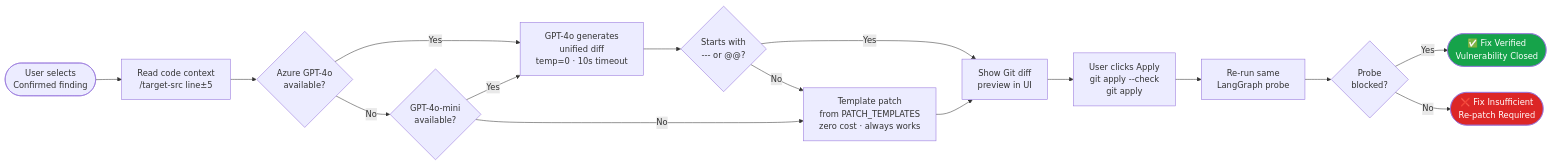
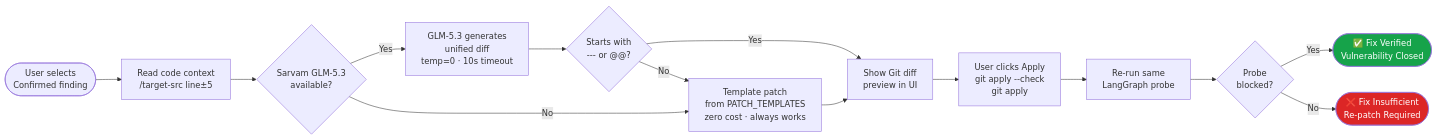
The sixth of 25 diagrams in HACKATHON/docs/P06-Architecture.md (Halcyora/mitigata), drawn with Mermaid before and after one commit. The commit also changed other lines of this file and 6 other files, not shown here.

Commit message:
Refactor to replace Azure OpenAI with Sarvam Token Factory for LLM patching; update environment configurations and add credential check script for Sarvam API

````diff
--- a/HACKATHON/docs/P06-Architecture.md
+++ b/HACKATHON/docs/P06-Architecture.md
@@ -222,23 +222,21 @@
 ```mermaid
 flowchart LR
     SEL([User selects\nConfirmed finding]) --> CTX[Read code context\n/target-src line±5]
-    CTX --> GPT4O{Azure GPT-4o\navailable?}
-    GPT4O -->|Yes| LLM[GPT-4o generates\nunified diff\ntemp=0 · 10s timeout]
-    GPT4O -->|No| MINI{GPT-4o-mini\navailable?}
-    MINI -->|Yes| LLM
-    MINI -->|No| TPL[Template patch\nfrom PATCH_TEMPLATES\nzero cost · always works]
+    CTX --> SARVAM{Sarvam GLM-5.3\navailable?}
+    SARVAM -->|Yes| LLM[GLM-5.3 generates\nunified diff\ntemp=0 · 10s timeout]
+    SARVAM -->|No| TPL[Template patch\nfrom PATCH_TEMPLATES\nzero cost · always works]
 
     LLM --> VALID{Starts with\n--- or @@?}
     VALID -->|Yes| DIFF[Show Git diff\npreview in UI]
     VALID -->|No| TPL
     TPL --> DIFF
 
     DIFF --> APPLY[User clicks Apply\ngit apply --check\ngit apply]
     APPLY --> REVERIFY[Re-run same\nLangGraph probe]
     REVERIFY --> RESULT{Probe\nblocked?}
     RESULT -->|Yes| FIXED([✅ Fix Verified\nVulnerability Closed])
     RESULT -->|No| INSUFF([❌ Fix Insufficient\nRe-patch Required])
 
     style FIXED fill:#16a34a,color:#fff
     style INSUFF fill:#dc2626,color:#fff
 ```
````
